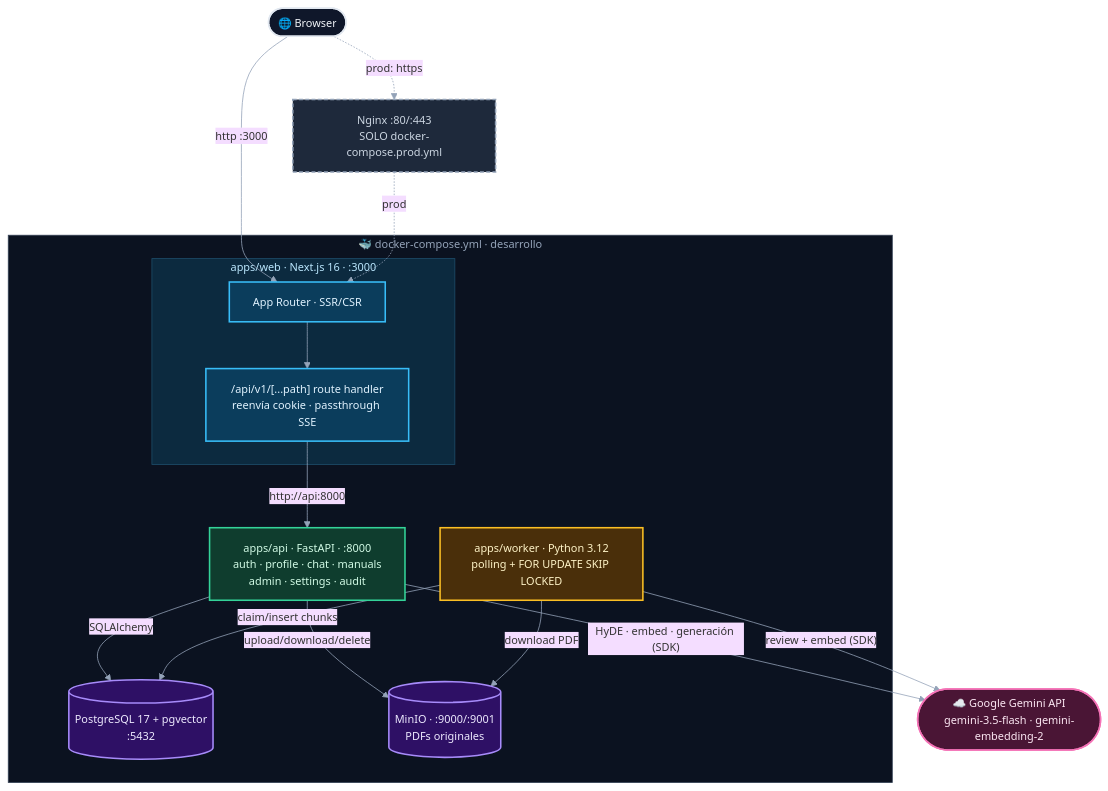
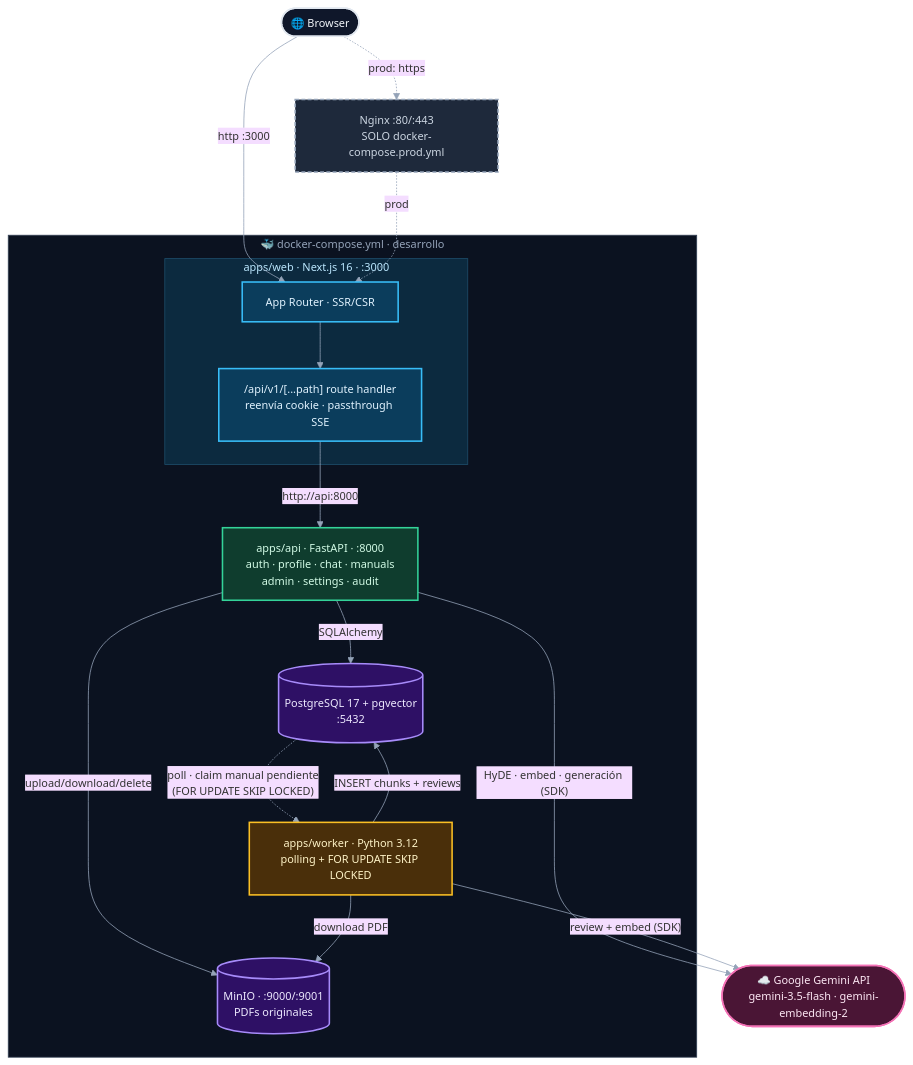
The first of 8 diagrams in docs/architecture/ARCHITECTURE.md (soviedos/rc7_programming_assistant), drawn with Mermaid before and after one commit. The commit also changed 1 other file, not shown here.

Commit message:
docs(architecture): show the worker's inbound job-claim edge
The worker is a poller, not a synchronously-invoked service, so it only had
outgoing edges. Add an inbound dotted edge from PostgreSQL (the manuals queue)
to the worker representing "poll · claim pending manual (FOR UPDATE SKIP LOCKED)"
in both the README topology and the ARCHITECTURE.md component diagram, so the
worker's trigger/input is visible. Mermaid parse: 10/10 OK.

````diff
--- a/docs/architecture/ARCHITECTURE.md
+++ b/docs/architecture/ARCHITECTURE.md
@@ -9,41 +9,42 @@
 ```mermaid
 %%{init: {'theme':'base','themeVariables':{'fontFamily':'ui-sans-serif, system-ui','fontSize':'14px','lineColor':'#94a3b8'},'flowchart':{'curve':'basis','nodeSpacing':45,'rankSpacing':60}}}%%
 flowchart TB
     Browser(["🌐 Browser"]):::client
 
     subgraph Dev["🐳 docker-compose.yml · desarrollo"]
         subgraph WEB["apps/web · Next.js 16 · :3000"]
             Next["App Router · SSR/CSR"]:::frontend
             Proxy["/api/v1/[...path] route handler\nreenvía cookie · passthrough SSE"]:::frontend
         end
         API["apps/api · FastAPI · :8000\nauth · profile · chat · manuals\nadmin · settings · audit"]:::backend
         Worker["apps/worker · Python 3.12\npolling + FOR UPDATE SKIP LOCKED"]:::worker
         PG[("PostgreSQL 17 + pgvector\n:5432")]:::data
         MinIO[("MinIO · :9000/:9001\nPDFs originales")]:::data
     end
 
     Gemini(["☁️ Google Gemini API\ngemini-3.5-flash · gemini-embedding-2"]):::external
     Nginx["Nginx :80/:443\nSOLO docker-compose.prod.yml"]:::prod
 
     Browser -->|"http :3000"| Next
     Browser -. "prod: https" .-> Nginx
     Nginx -. prod .-> Next
     Next --> Proxy
     Proxy -->|"http://api:8000"| API
     API -->|SQLAlchemy| PG
     API -->|upload/download/delete| MinIO
     API -->|"HyDE · embed · generación (SDK)"| Gemini
-    Worker -->|"claim/insert chunks"| PG
+    PG -.->|"poll · claim manual pendiente\n(FOR UPDATE SKIP LOCKED)"| Worker
+    Worker -->|"INSERT chunks + reviews"| PG
     Worker -->|download PDF| MinIO
     Worker -->|"review + embed (SDK)"| Gemini
 
     classDef client fill:#0f172a,stroke:#e2e8f0,stroke-width:2px,color:#f1f5f9
     classDef frontend fill:#0b3d5c,stroke:#38bdf8,stroke-width:2px,color:#e0f2fe
     classDef backend fill:#0f3d2e,stroke:#34d399,stroke-width:2px,color:#d1fae5
     classDef worker fill:#4a2f0a,stroke:#fbbf24,stroke-width:2px,color:#fef3c7
     classDef data fill:#2e1065,stroke:#a78bfa,stroke-width:2px,color:#ede9fe
     classDef external fill:#4a1535,stroke:#f472b6,stroke-width:2px,color:#fce7f3
     classDef prod fill:#1e293b,stroke:#94a3b8,stroke-width:2px,color:#cbd5e1,stroke-dasharray:5 3
     style Dev fill:#0b1220,stroke:#334155,color:#94a3b8
     style WEB fill:#0c2a3f,stroke:#1e4e6b,color:#bae6fd
 ```
````
